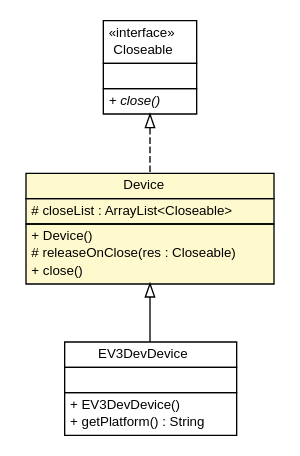
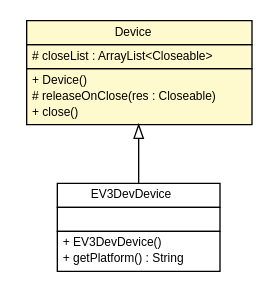
The diagram in docs/api/ev3dev/hardware/Device.dot (ev3dev-lang-java/ev3dev-lang-java), drawn with Graphviz before and after one commit. The commit also changed 413 other files, not shown here.

```diff
--- a/docs/api/ev3dev/hardware/Device.dot
+++ b/docs/api/ev3dev/hardware/Device.dot
@@ -1,56 +1,41 @@
 #!/usr/local/bin/dot
 #
 # Class diagram 
 # Generated by UMLGraph version R5_6-24-gf6e263 (http://www.umlgraph.org/)
 #
 
 digraph G {
 	edge [fontname="Helvetica",fontsize=10,labelfontname="Helvetica",labelfontsize=10];
 	node [fontname="Helvetica",fontsize=10,shape=plaintext];
 	nodesep=0.25;
 	ranksep=0.5;
 	// ev3dev.hardware.Device
-	c2137 [label=<<table title="ev3dev.hardware.Device" border="0" cellborder="1" cellspacing="0" cellpadding="2" port="p" bgcolor="lemonChiffon" href="./Device.html">
+	c2145 [label=<<table title="ev3dev.hardware.Device" border="0" cellborder="1" cellspacing="0" cellpadding="2" port="p" bgcolor="lemonChiffon" href="./Device.html">
 		<tr><td><table border="0" cellspacing="0" cellpadding="1">
 <tr><td align="center" balign="center"> Device </td></tr>
 		</table></td></tr>
 		<tr><td><table border="0" cellspacing="0" cellpadding="1">
 <tr><td align="left" balign="left"> # closeList : ArrayList&lt;Closeable&gt; </td></tr>
 		</table></td></tr>
 		<tr><td><table border="0" cellspacing="0" cellpadding="1">
 <tr><td align="left" balign="left"> + Device() </td></tr>
 <tr><td align="left" balign="left"> # releaseOnClose(res : Closeable) </td></tr>
 <tr><td align="left" balign="left"> + close() </td></tr>
 		</table></td></tr>
-		</table>>, URL="./Device.html", fontname="Helvetica", fontcolor="black", fontsize=10.0];
+		</table>>, URL="./Device.html", fontname="Helvetica", fontcolor="black", fontsize=9.0];
 	// ev3dev.hardware.EV3DevDevice
-	c2140 [label=<<table title="ev3dev.hardware.EV3DevDevice" border="0" cellborder="1" cellspacing="0" cellpadding="2" port="p" href="./EV3DevDevice.html">
+	c2148 [label=<<table title="ev3dev.hardware.EV3DevDevice" border="0" cellborder="1" cellspacing="0" cellpadding="2" port="p" href="./EV3DevDevice.html">
 		<tr><td><table border="0" cellspacing="0" cellpadding="1">
 <tr><td align="center" balign="center"> EV3DevDevice </td></tr>
 		</table></td></tr>
 		<tr><td><table border="0" cellspacing="0" cellpadding="1">
 <tr><td align="left" balign="left">  </td></tr>
 		</table></td></tr>
 		<tr><td><table border="0" cellspacing="0" cellpadding="1">
 <tr><td align="left" balign="left"> + EV3DevDevice() </td></tr>
 <tr><td align="left" balign="left"> + getPlatform() : String </td></tr>
 		</table></td></tr>
-		</table>>, URL="./EV3DevDevice.html", fontname="Helvetica", fontcolor="black", fontsize=10.0];
-	//ev3dev.hardware.Device implements java.io.Closeable
-	c2220:p -> c2137:p [dir=back,arrowtail=empty,style=dashed];
+		</table>>, URL="./EV3DevDevice.html", fontname="Helvetica", fontcolor="black", fontsize=9.0];
 	//ev3dev.hardware.EV3DevDevice extends ev3dev.hardware.Device
-	c2137:p -> c2140:p [dir=back,arrowtail=empty];
-	// java.io.Closeable
-	c2220 [label=<<table title="java.io.Closeable" border="0" cellborder="1" cellspacing="0" cellpadding="2" port="p" href="http://java.sun.com/j2se/1.4.2/docs/api/java/io/Closeable.html">
-		<tr><td><table border="0" cellspacing="0" cellpadding="1">
-<tr><td align="center" balign="center"> &#171;interface&#187; </td></tr>
-<tr><td align="center" balign="center"> Closeable </td></tr>
-		</table></td></tr>
-		<tr><td><table border="0" cellspacing="0" cellpadding="1">
-<tr><td align="left" balign="left">  </td></tr>
-		</table></td></tr>
-		<tr><td><table border="0" cellspacing="0" cellpadding="1">
-<tr><td align="left" balign="left"><font face="Helvetica-Oblique" point-size="10.0"> + close() </font></td></tr>
-		</table></td></tr>
-		</table>>, URL="http://java.sun.com/j2se/1.4.2/docs/api/java/io/Closeable.html", fontname="Helvetica", fontcolor="black", fontsize=10.0];
+	c2145:p -> c2148:p [dir=back,arrowtail=empty];
 }
```
